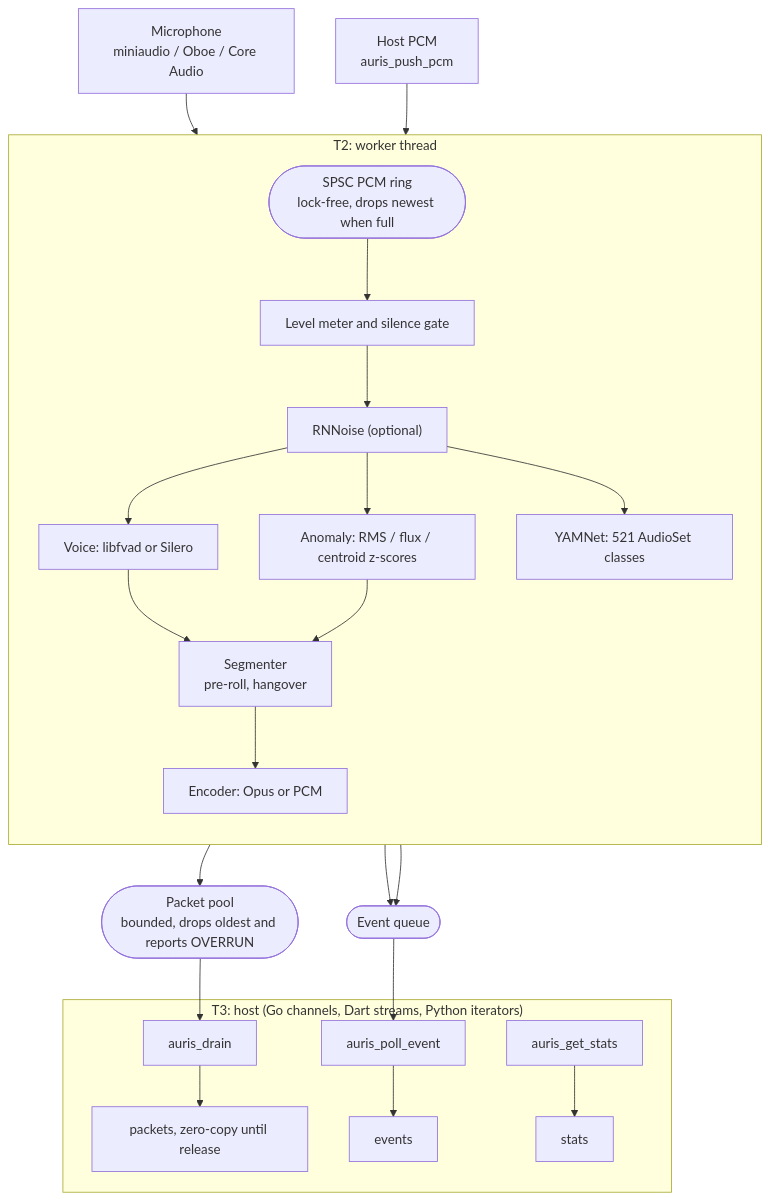
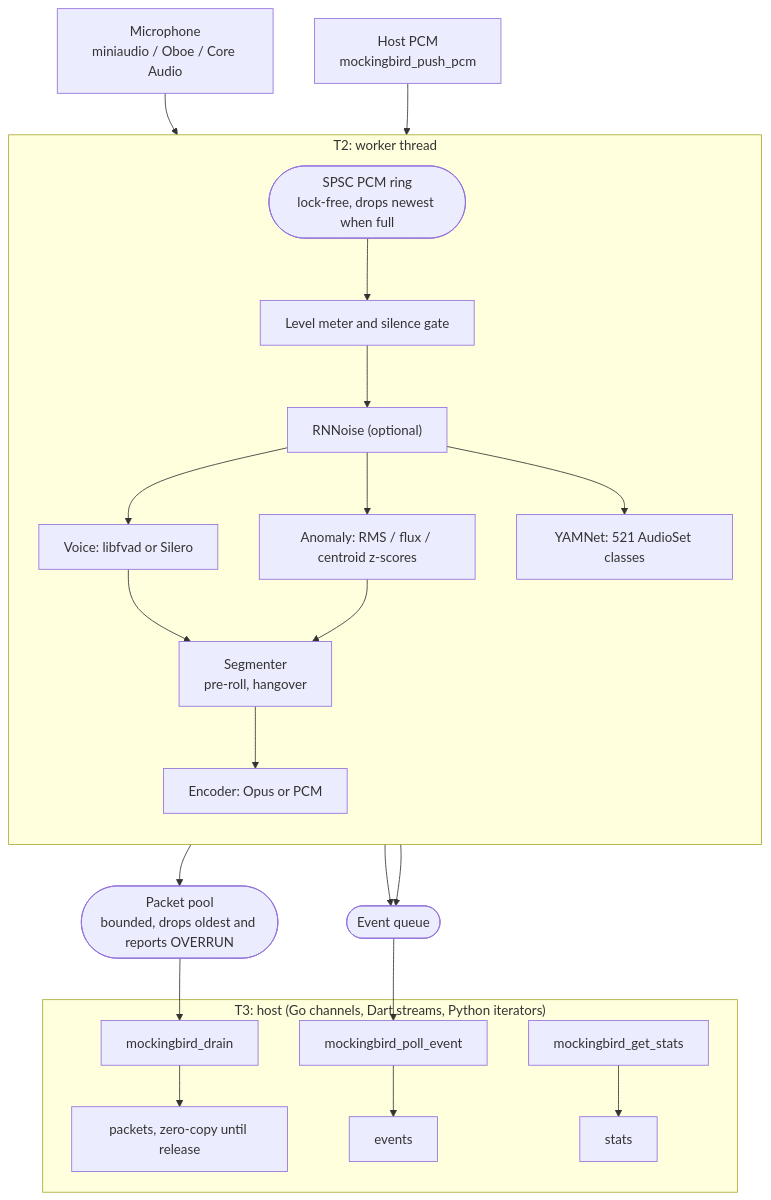
One commit to Crdzbird/MockingBird changed the diagram in README.md. Above: the diagram before and after it, drawn with Mermaid. The commit also changed other lines of this file and 2115 other files, not shown here.

````diff
--- a/README.md
+++ b/README.md
@@ -338,31 +338,31 @@
 ```mermaid
 flowchart TB
     MIC["Microphone<br/>miniaudio / Oboe / Core Audio"] --> RING
-    HOST["Host PCM<br/>auris_push_pcm"] --> RING
+    HOST["Host PCM<br/>mockingbird_push_pcm"] --> RING
     RING(["SPSC PCM ring<br/>lock-free, drops newest when full"])
 
     subgraph WORKER["T2: worker thread"]
         direction TB
         RING --> LVL["Level meter and silence gate"]
         LVL --> RN["RNNoise (optional)"]
         RN --> VAD["Voice: libfvad or Silero"]
         RN --> ANO["Anomaly: RMS / flux / centroid z-scores"]
         RN --> YAM["YAMNet: 521 AudioSet classes"]
         VAD --> SEG["Segmenter<br/>pre-roll, hangover"]
         ANO --> SEG
         SEG --> ENC["Encoder: Opus or PCM"]
     end
 
     ENC --> POOL(["Packet pool<br/>bounded, drops oldest and reports OVERRUN"])
     SEG --> EVQ(["Event queue"])
     YAM --> EVQ
 
-    POOL --> DRAIN["auris_drain"]
-    EVQ --> POLL["auris_poll_event"]
+    POOL --> DRAIN["mockingbird_drain"]
+    EVQ --> POLL["mockingbird_poll_event"]
 
     subgraph HOSTAPP["T3: host (Go channels, Dart streams, Python iterators)"]
         DRAIN --> PKT["packets, zero-copy until release"]
         POLL --> EV["events"]
-        STATS["auris_get_stats"] --> ST["stats"]
+        STATS["mockingbird_get_stats"] --> ST["stats"]
     end
 ```
````
